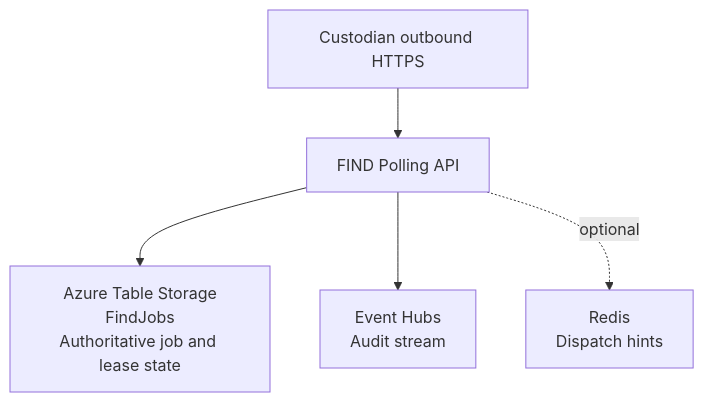
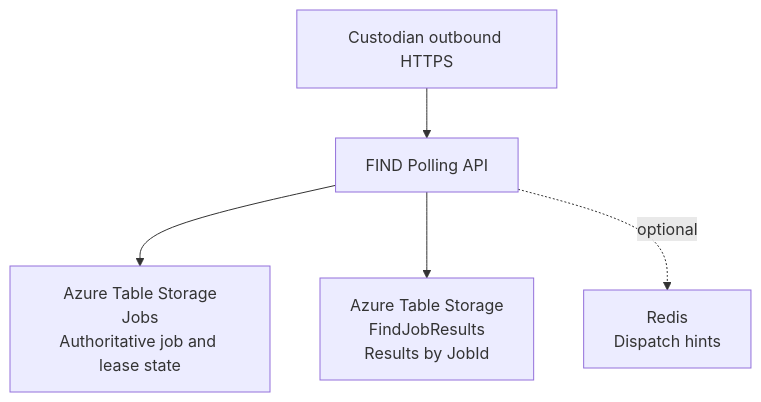
The diagram in Docs/Architecture decisions/Systems landscape/0019-job-broker-and-lease-state.md (DFE-Digital/single-unique-identifier), drawn with Mermaid before and after one commit. The commit also changed other lines of this file and 3 other files, not shown here.

````diff
--- a/Docs/Architecture decisions/Systems landscape/0019-job-broker-and-lease-state.md
+++ b/Docs/Architecture decisions/Systems landscape/0019-job-broker-and-lease-state.md
@@ -312,7 +314,7 @@
 ```mermaid
 flowchart TB
   Cust["Custodian outbound HTTPS"] --> API["FIND Polling API"]
-  API --> Jobs["Azure Table Storage<br/>FindJobs<br/>Authoritative job and lease state"]
-  API --> EH["Event Hubs<br/>Audit stream"]
+  API --> Jobs["Azure Table Storage<br/>Jobs<br/>Authoritative job and lease state"]
+  API --> Results["Azure Table Storage<br/>FindJobResults<br/>Results by JobId"]
   API -.->|optional| R["Redis<br/>Dispatch hints"]
 ```
````
